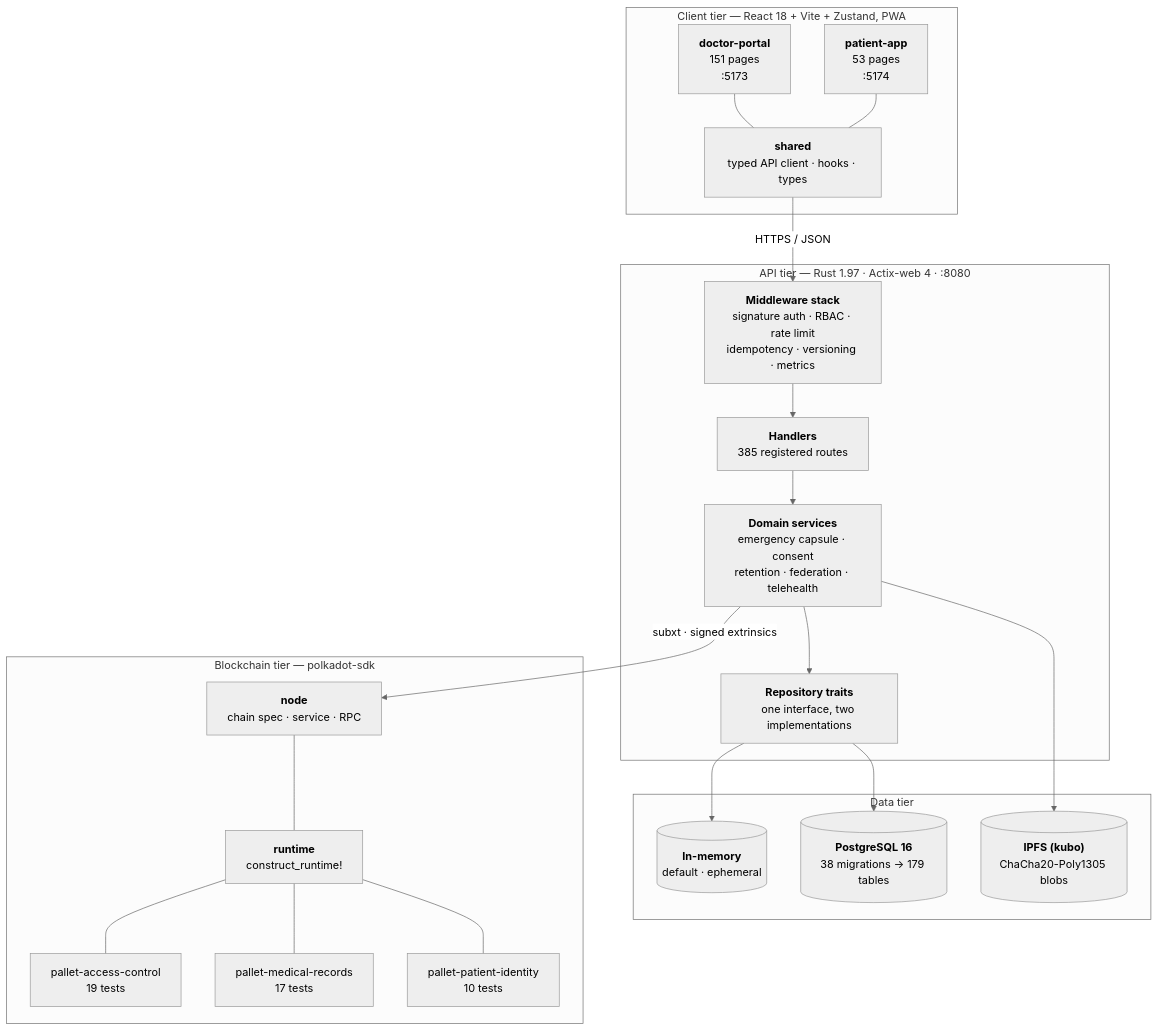
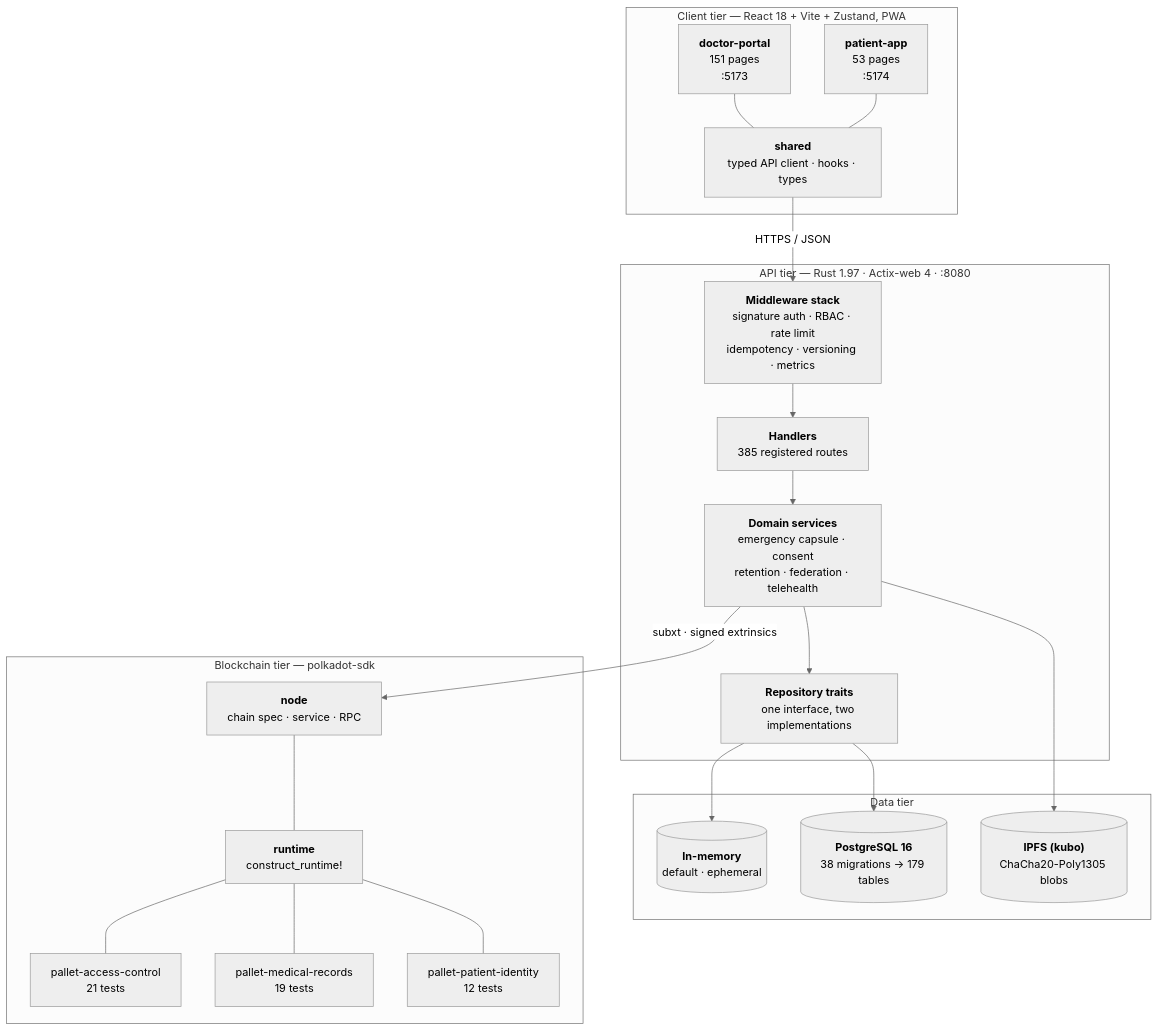
Before and after one commit to Lukau-Tech-Invasion/medichain: the second of 9 diagrams in docs/architecture.md, drawn with Mermaid (neutral theme). The commit also changed other lines of this file and 1 other file, not shown here.

Commit message:
docs: correct test counts to cargo-reported numbers
Ran the crypto and pallet suites (not exercised earlier this session): all
green — crypto 23, access-control 21, medical-records 19, patient-identity 12.

The docs cited 46 pallet tests / "351 passing", derived from grepping #[test]
in each pallet's tests.rs. cargo counts tests across the whole crate, not just
that file, so the real numbers are higher. Standardised on cargo's numbers —
what a reviewer actually gets from `cargo test`:

  380 automated tests = 305 API + 23 crypto + 52 pallet (21/19/12)

Updated the README badge, the testing section, the architecture container
diagram, and the verify-numbers command (now runs cargo rather than grepping
tests.rs). No code change — all suites pass; this is accuracy only.

````diff
--- a/docs/architecture.md
+++ b/docs/architecture.md
@@ -75,42 +75,42 @@
 ```mermaid
 graph TB
     subgraph client["Client tier — React 18 + Vite + Zustand, PWA"]
         DP["<b>doctor-portal</b><br/>151 pages<br/>:5173"]
         PA["<b>patient-app</b><br/>53 pages<br/>:5174"]
         SH["<b>shared</b><br/>typed API client · hooks · types"]
         DP --- SH
         PA --- SH
     end
 
     subgraph api["API tier — Rust 1.97 · Actix-web 4 · :8080"]
         MW["<b>Middleware stack</b><br/>signature auth · RBAC · rate limit<br/>idempotency · versioning · metrics"]
         HAND["<b>Handlers</b><br/>385 registered routes"]
         DOM["<b>Domain services</b><br/>emergency capsule · consent<br/>retention · federation · telehealth"]
         REPO["<b>Repository traits</b><br/>one interface, two implementations"]
     end
 
     subgraph data["Data tier"]
         MEM[("<b>In-memory</b><br/>default · ephemeral")]
         PG[("<b>PostgreSQL 16</b><br/>38 migrations → 179 tables")]
         IPFSN[("<b>IPFS (kubo)</b><br/>ChaCha20-Poly1305 blobs")]
     end
 
     subgraph chain["Blockchain tier — polkadot-sdk"]
         RT["<b>runtime</b><br/>construct_runtime!"]
-        P1["pallet-access-control<br/>19 tests"]
-        P2["pallet-medical-records<br/>17 tests"]
-        P3["pallet-patient-identity<br/>10 tests"]
+        P1["pallet-access-control<br/>21 tests"]
+        P2["pallet-medical-records<br/>19 tests"]
+        P3["pallet-patient-identity<br/>12 tests"]
         ND["<b>node</b><br/>chain spec · service · RPC"]
         RT --- P1
         RT --- P2
         RT --- P3
         ND --- RT
     end
 
     SH -->|"HTTPS / JSON"| MW
     MW --> HAND --> DOM --> REPO
     REPO --> MEM
     REPO --> PG
     DOM --> IPFSN
     DOM -->|"subxt · signed extrinsics"| ND
 ```
````
